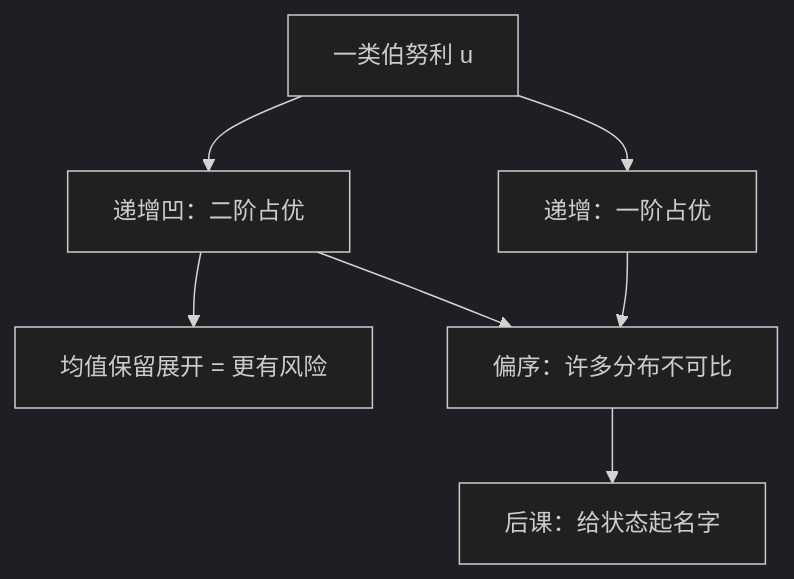
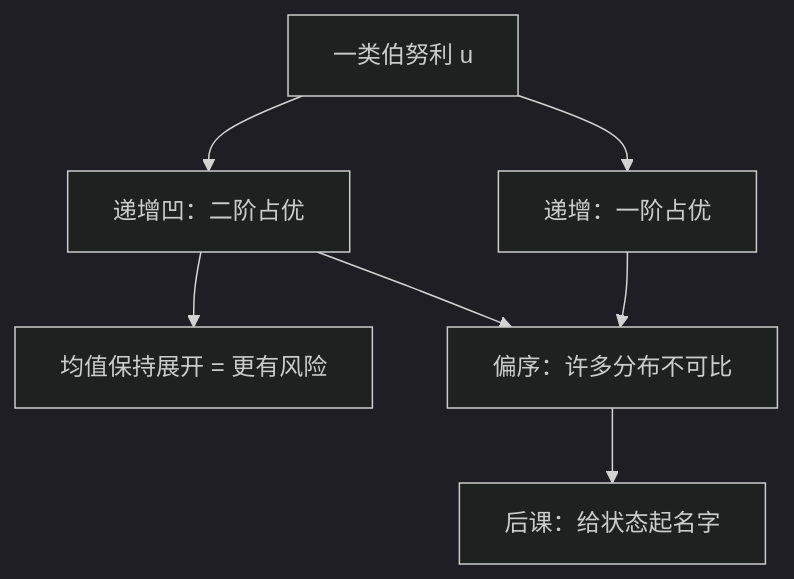
The first of 2 diagrams in docs/econ/stochastic-dominance.md (xhongduo-tech/xhongduo-tech.github.io), drawn with Mermaid (dark theme) before and after one commit. The commit also changed other lines of this file and 6 other files, not shown here.

````diff
--- a/docs/econ/stochastic-dominance.md
+++ b/docs/econ/stochastic-dominance.md
@@ -38,9 +38,9 @@
 ```mermaid
 flowchart TD
   EU["一类伯努利 u"] --> FSD["递增：一阶占优"]
   EU --> SSD["递增凹：二阶占优"]
-  SSD --> MPS["均值保留展开 = 更有风险"]
+  SSD --> MPS["均值保持展开 = 更有风险"]
   FSD --> PART["偏序：许多分布不可比"]
   SSD --> PART
   PART --> LATER["后课：给状态起名字"]
 ```
````
